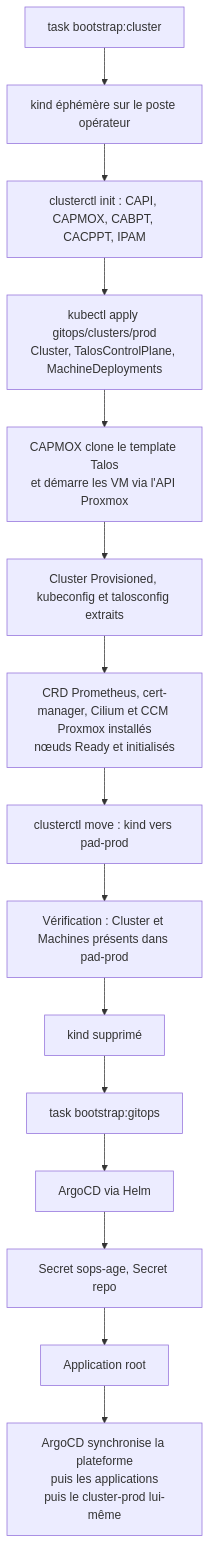
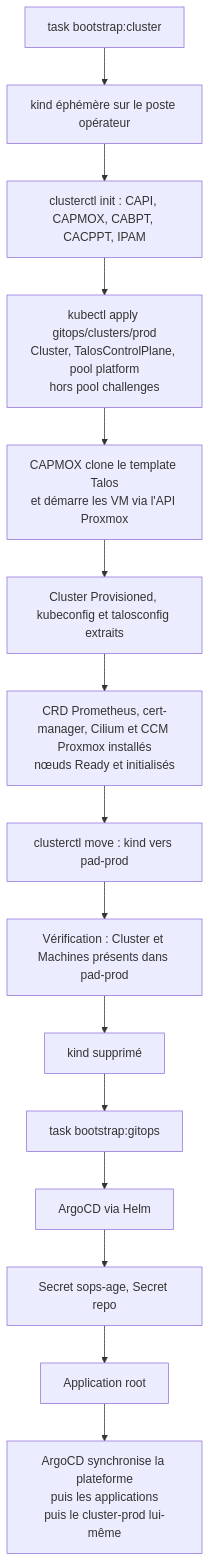
The diagram in docs/architecture/bootstrap.md (kim-tsr/penetrate-and-destroy), drawn with Mermaid before and after one commit. The commit also changed other lines of this file and 16 other files, not shown here.

````diff
--- a/docs/architecture/bootstrap.md
+++ b/docs/architecture/bootstrap.md
@@ -7,17 +7,17 @@
 ```mermaid
 flowchart TD
     A[task bootstrap:cluster] --> B[kind éphémère sur le poste opérateur]
     B --> C[clusterctl init : CAPI, CAPMOX, CABPT, CACPPT, IPAM]
-    C --> D[kubectl apply gitops/clusters/prod<br/>Cluster, TalosControlPlane, MachineDeployments]
+    C --> D[kubectl apply gitops/clusters/prod<br/>Cluster, TalosControlPlane, pool platform<br/>hors pool challenges]
     D --> E[CAPMOX clone le template Talos<br/>et démarre les VM via l'API Proxmox]
     E --> F[Cluster Provisioned, kubeconfig et talosconfig extraits]
     F --> G[CRD Prometheus, cert-manager, Cilium et CCM Proxmox installés<br/>nœuds Ready et initialisés]
     G --> H[clusterctl move : kind vers pad-prod]
     H --> I[Vérification : Cluster et Machines présents dans pad-prod]
     I --> J[kind supprimé]
     J --> K[task bootstrap:gitops]
     K --> L[ArgoCD via Helm]
     L --> M[Secret sops-age, Secret repo]
     M --> N[Application root]
     N --> O[ArgoCD synchronise la plateforme<br/>puis les applications<br/>puis le cluster-prod lui-même]
 ```
````
